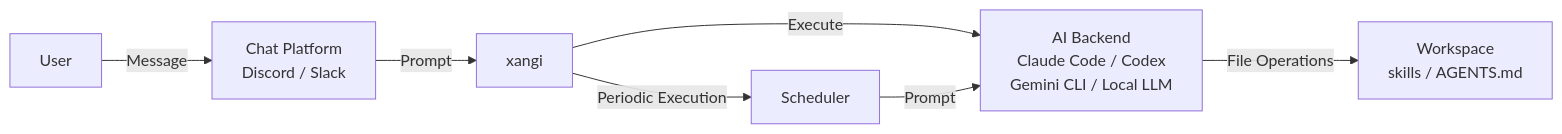
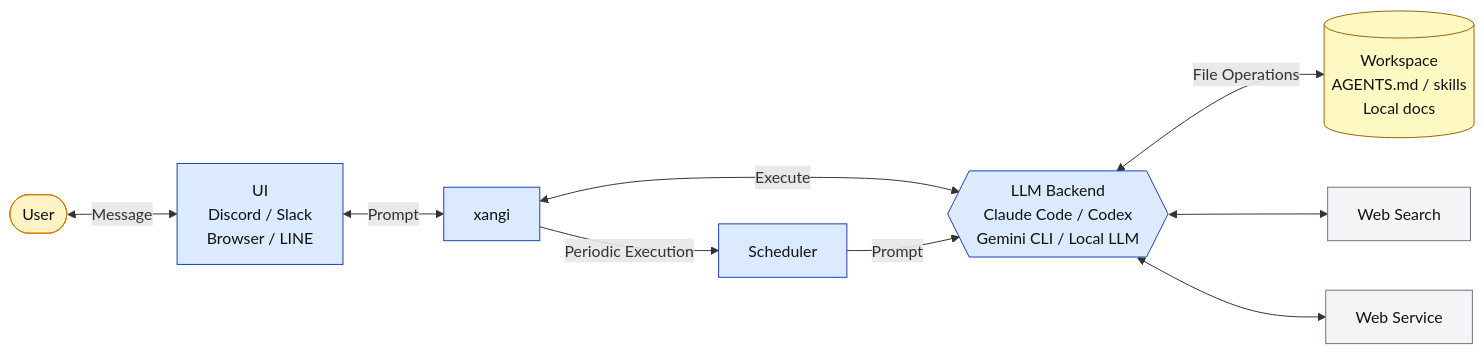
The diagram in docs/en/design.md (karaage0703/xangi), drawn with Mermaid before and after one commit. The commit also changed other lines of this file and 16 other files, not shown here.

````diff
--- a/docs/en/design.md
+++ b/docs/en/design.md
@@ -17,9 +17,20 @@
 ```mermaid
-graph LR
-    User --> |Message| Chat[Chat Platform<br/>Discord / Slack]
-    Chat --> |Prompt| xangi
-    xangi --> |Execute| CLI[AI Backend<br/>Claude Code / Codex<br/>Gemini CLI / Local LLM]
-    CLI --> |File Operations| WS[Workspace<br/>skills / AGENTS.md]
-    xangi --> |Periodic Execution| Scheduler
-    Scheduler --> |Prompt| CLI
+flowchart LR
+    User([User]) <-->|Message| chat[UI<br/>Discord / Slack<br/>Browser / LINE]
+    chat <-->|Prompt| xangi[xangi]
+    xangi <-->|Execute| LLM{{LLM Backend<br/>Claude Code / Codex<br/>Gemini CLI / Local LLM}}
+    LLM <-->|File Operations| WS[(Workspace<br/>AGENTS.md / skills<br/>Local docs)]
+    LLM <--> Web[Web Search]
+    LLM <--> Service[Web Service]
+    xangi -->|Periodic Execution| Scheduler
+    Scheduler -->|Prompt| LLM
+
+    classDef user fill:#fef3c7,stroke:#d97706,color:#111;
+    classDef core fill:#dbeafe,stroke:#1e40af,color:#111;
+    classDef ws fill:#fef9c3,stroke:#a16207,color:#111;
+    classDef ext fill:#f3f4f6,stroke:#6b7280,color:#111;
+    class User user;
+    class chat,xangi,LLM,Scheduler core;
+    class WS ws;
+    class Web,Service ext;
 ```
````
